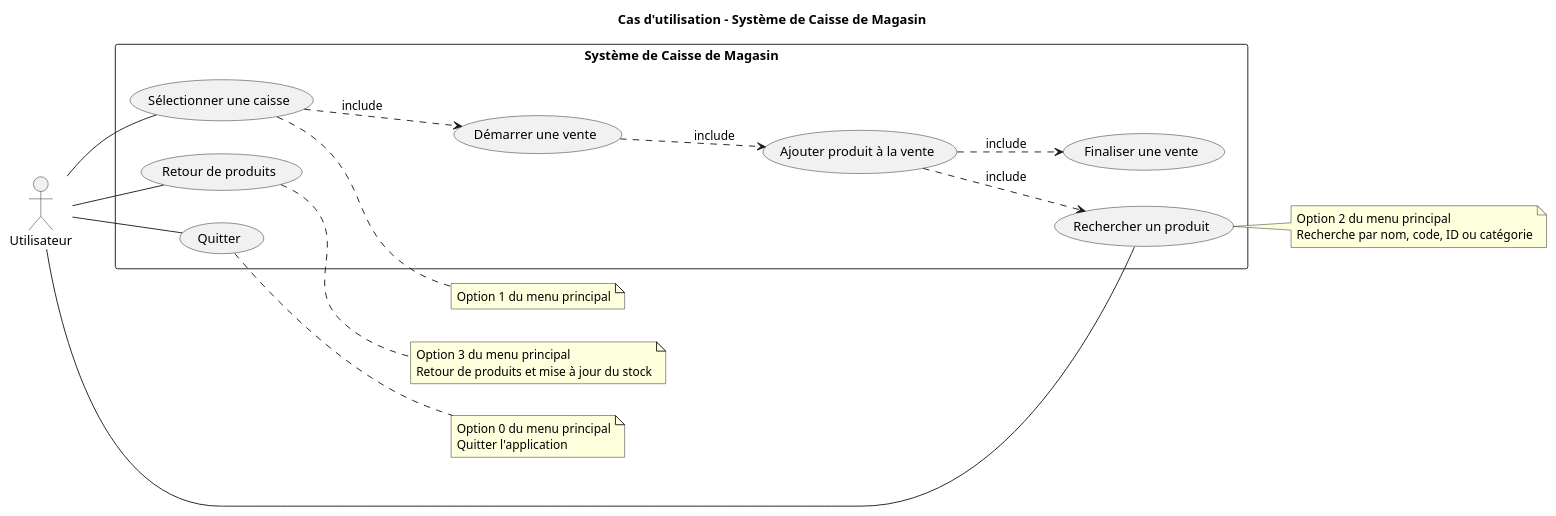
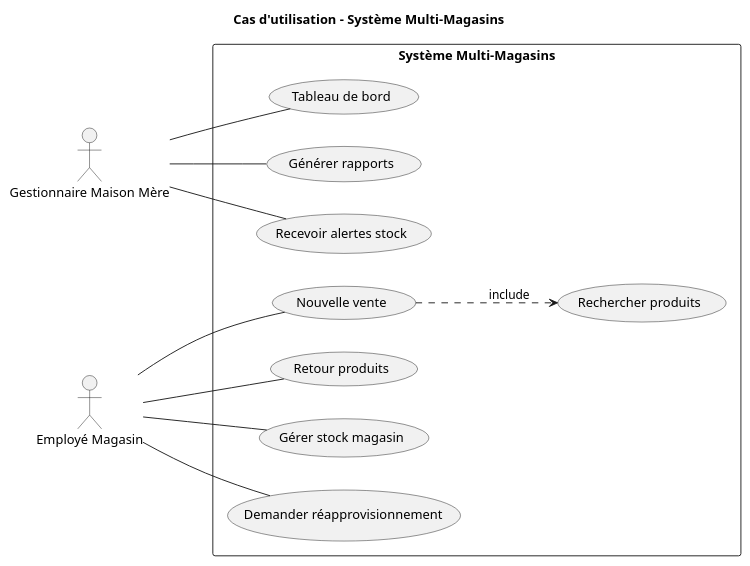
The diagram in docs/UML/diagramme_cas_utilisation.puml (Louqman-ETS/log430-labo-07), drawn with PlantUML before and after one commit. The commit also changed 25 other files, not shown here.

```diff
--- a/docs/UML/diagramme_cas_utilisation.puml
+++ b/docs/UML/diagramme_cas_utilisation.puml
@@ -1,35 +1,37 @@
 @startuml
 left to right direction
-actor Utilisateur
 
-rectangle "Système de Caisse de Magasin" {
-  usecase "Sélectionner une caisse" as UC1
-  usecase "Rechercher un produit" as UC2
-  usecase "Retour de produits" as UC3
-  usecase "Quitter" as UC4
+actor "Gestionnaire Maison Mère" as GM
+actor "Employé Magasin" as EM
+
+rectangle "Système Multi-Magasins" {
   
-  usecase "Démarrer une vente" as UC1_1
-  usecase "Ajouter produit à la vente" as UC1_2
-  usecase "Finaliser une vente" as UC1_3
+  ' Fonctionnalités Gestionnaire
+  usecase "Tableau de bord" as UC01
+  usecase "Générer rapports" as UC02
+  usecase "Recevoir alertes stock" as UC03
+  
+  ' Fonctionnalités Employé Magasin
+  usecase "Nouvelle vente" as UC10
+  usecase "Retour produits" as UC11
+  usecase "Rechercher produits" as UC12
+  usecase "Gérer stock magasin" as UC13
+  usecase "Demander réapprovisionnement" as UC14
 }
 
-Utilisateur -- UC1
-Utilisateur -- UC2
-Utilisateur -- UC3
-Utilisateur -- UC4
+' Relations Gestionnaire
+GM -- UC01
+GM -- UC02
+GM -- UC03
 
-UC1 ..> UC1_1 : include
-UC1_1 ..> UC1_2 : include
-UC1_2 ..> UC1_3 : include
-UC1_2 ..> UC2 : include
+' Relations Employé
+EM -- UC10
+EM -- UC11
+EM -- UC13
+EM -- UC14
 
-note right of UC1 : Option 1 du menu principal
+' Relations logiques
+UC10 ..> UC12 : include
 
-note right of UC2 : Option 2 du menu principal\nRecherche par nom, code, ID ou catégorie
-
-note right of UC3 : Option 3 du menu principal\nRetour de produits et mise à jour du stock
-
-note right of UC4 : Option 0 du menu principal\nQuitter l'application
-
-title Cas d'utilisation - Système de Caisse de Magasin
+title Cas d'utilisation - Système Multi-Magasins
 @enduml 
```
